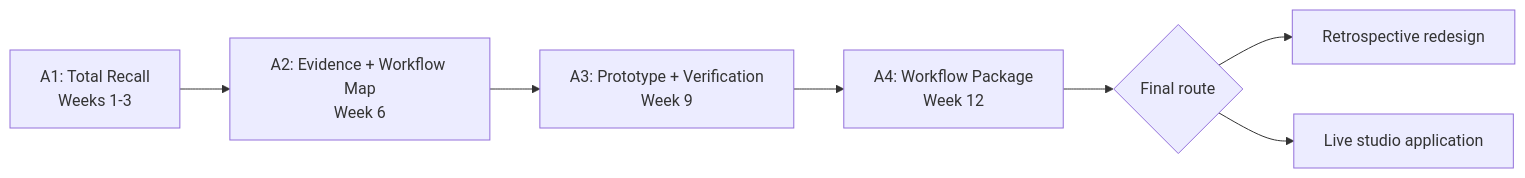
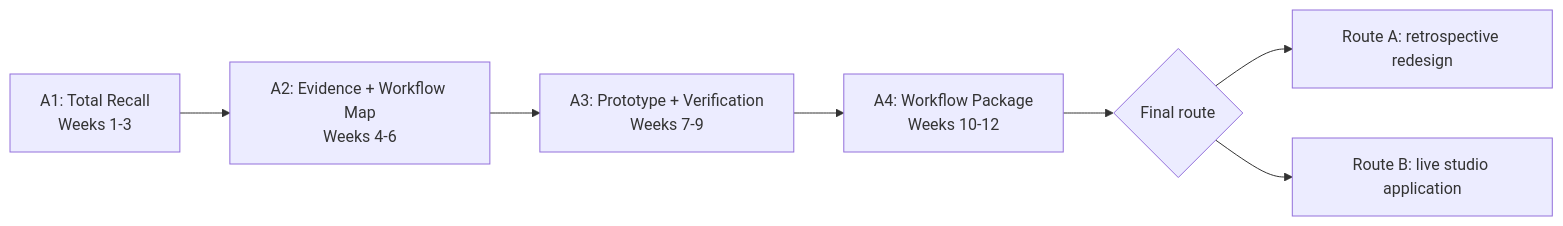
The diagram in weeks_v2/week-01.qmd (clementinec/ARCH7476), drawn with Mermaid before and after one commit. The commit also changed other lines of this file and 28 other files, not shown here.

````diff
--- a/weeks_v2/week-01.qmd
+++ b/weeks_v2/week-01.qmd
@@ -66,9 +66,9 @@
 ```{mermaid}
 flowchart LR
-    A[A1: Total Recall<br/>Weeks 1-3] --> B[A2: Evidence + Workflow Map<br/>Week 6]
-    B --> C[A3: Prototype + Verification<br/>Week 9]
-    C --> D[A4: Workflow Package<br/>Week 12]
+    A[A1: Total Recall<br/>Weeks 1-3] --> B[A2: Evidence + Workflow Map<br/>Weeks 4-6]
+    B --> C[A3: Prototype + Verification<br/>Weeks 7-9]
+    C --> D[A4: Workflow Package<br/>Weeks 10-12]
     D --> E{Final route}
-    E --> F[Retrospective redesign]
-    E --> G[Live studio application]
+    E --> F[Route A: retrospective redesign]
+    E --> G[Route B: live studio application]
 ```
````
